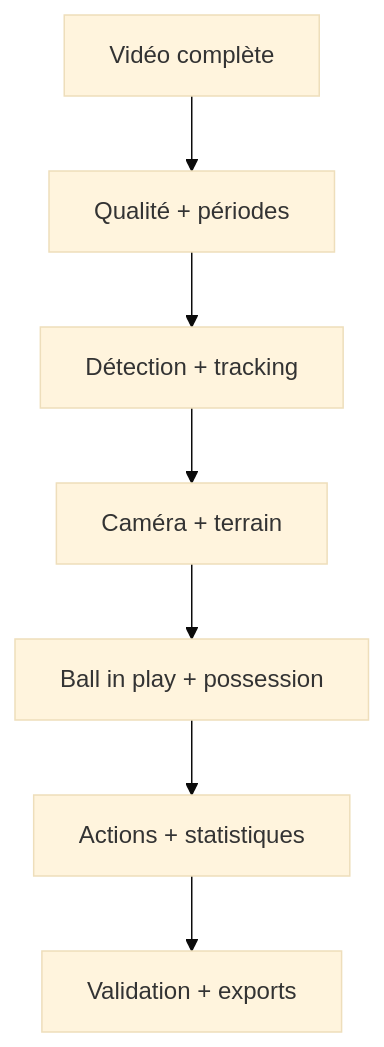
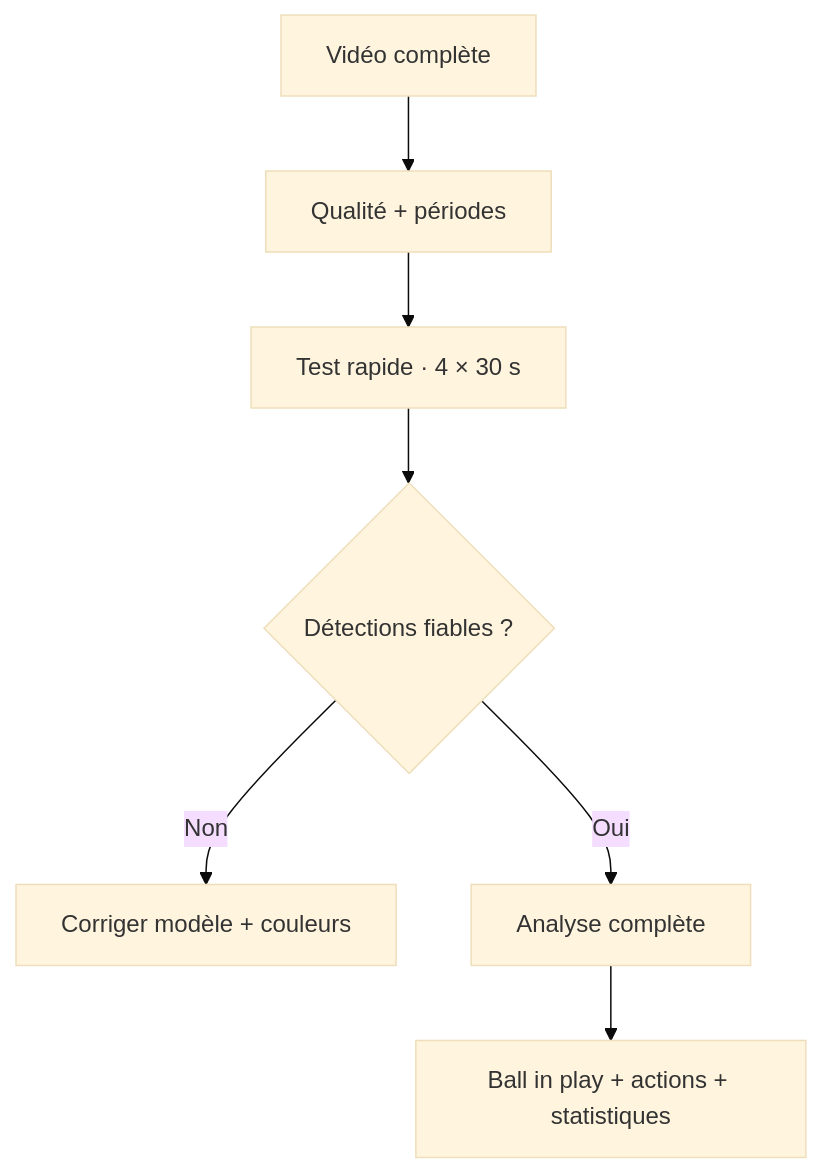
The diagram in README.md (hammouda93/football-tracking), drawn with Mermaid (base theme) before and after one commit. The commit also changed other lines of this file and 7 other files, not shown here.

````diff
--- a/README.md
+++ b/README.md
@@ -28,9 +28,9 @@
 ```mermaid
 flowchart TD
     A["Vidéo complète"] --> B["Qualité + périodes"]
-    B --> C["Détection + tracking"]
-    C --> D["Caméra + terrain"]
-    D --> E["Ball in play + possession"]
-    E --> F["Actions + statistiques"]
-    F --> G["Validation + exports"]
+    B --> C["Test rapide · 4 × 30 s"]
+    C --> D{"Détections fiables ?"}
+    D -->|Non| E["Corriger modèle + couleurs"]
+    D -->|Oui| F["Analyse complète"]
+    F --> G["Ball in play + actions + statistiques"]
 ```
````
